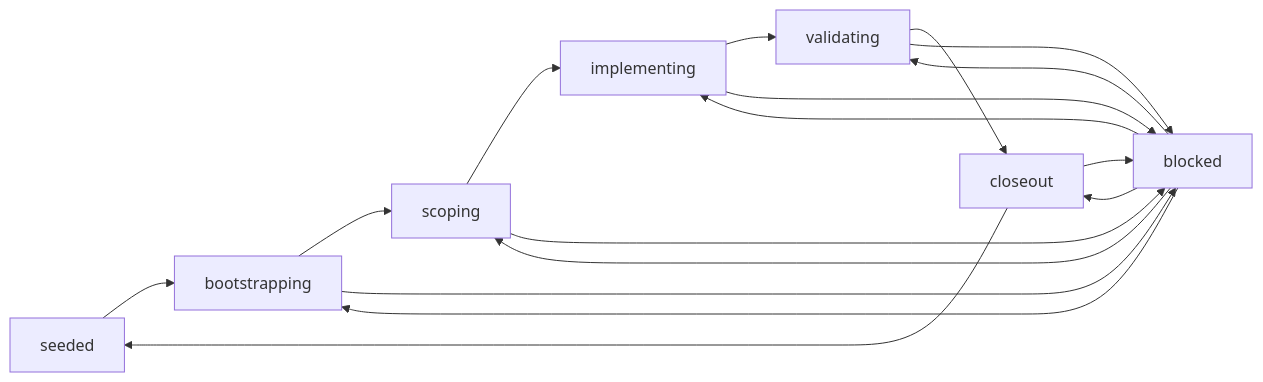
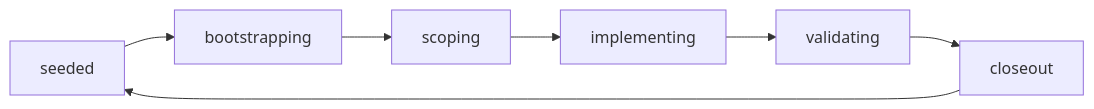
Before and after one commit to oronculzac/refactorflow: the diagram in README.md, drawn with Mermaid. The commit also changed other lines of this file, not shown here.

Commit message:
Simplify workflow diagram

````diff
--- a/README.md
+++ b/README.md
@@ -36,15 +36,4 @@
 ```mermaid
 flowchart LR
-  seeded --> bootstrapping --> scoping --> implementing --> validating --> closeout
-  bootstrapping --> blocked
-  scoping --> blocked
-  implementing --> blocked
-  validating --> blocked
-  closeout --> seeded
-  closeout --> blocked
-  blocked --> bootstrapping
-  blocked --> scoping
-  blocked --> implementing
-  blocked --> validating
-  blocked --> closeout
+  seeded --> bootstrapping --> scoping --> implementing --> validating --> closeout --> seeded
 ```
````
